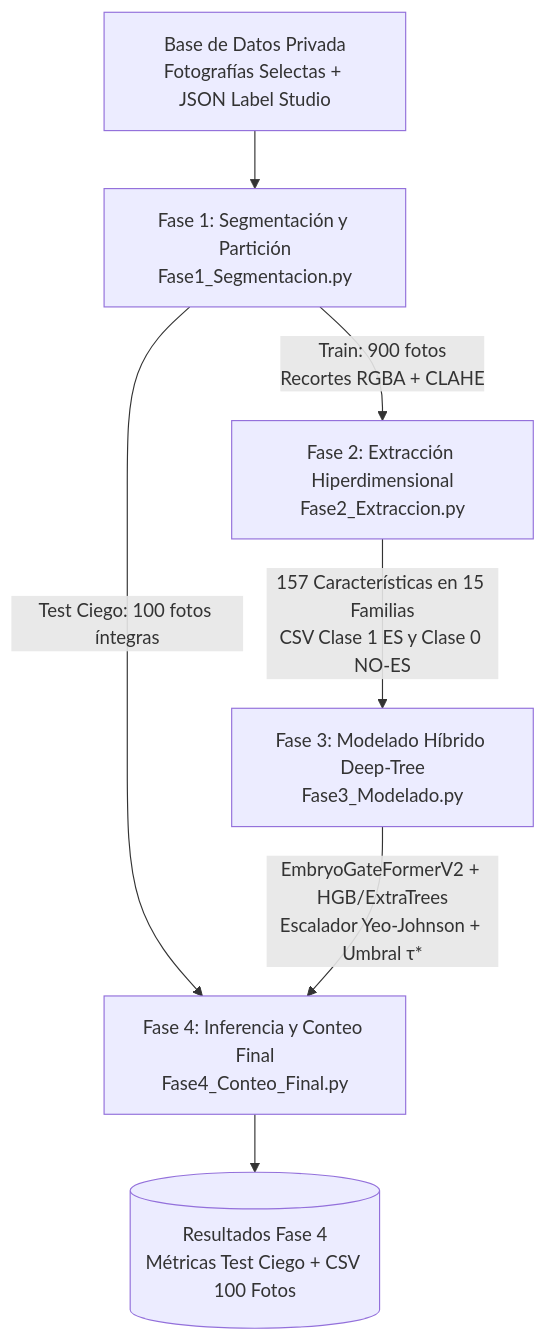
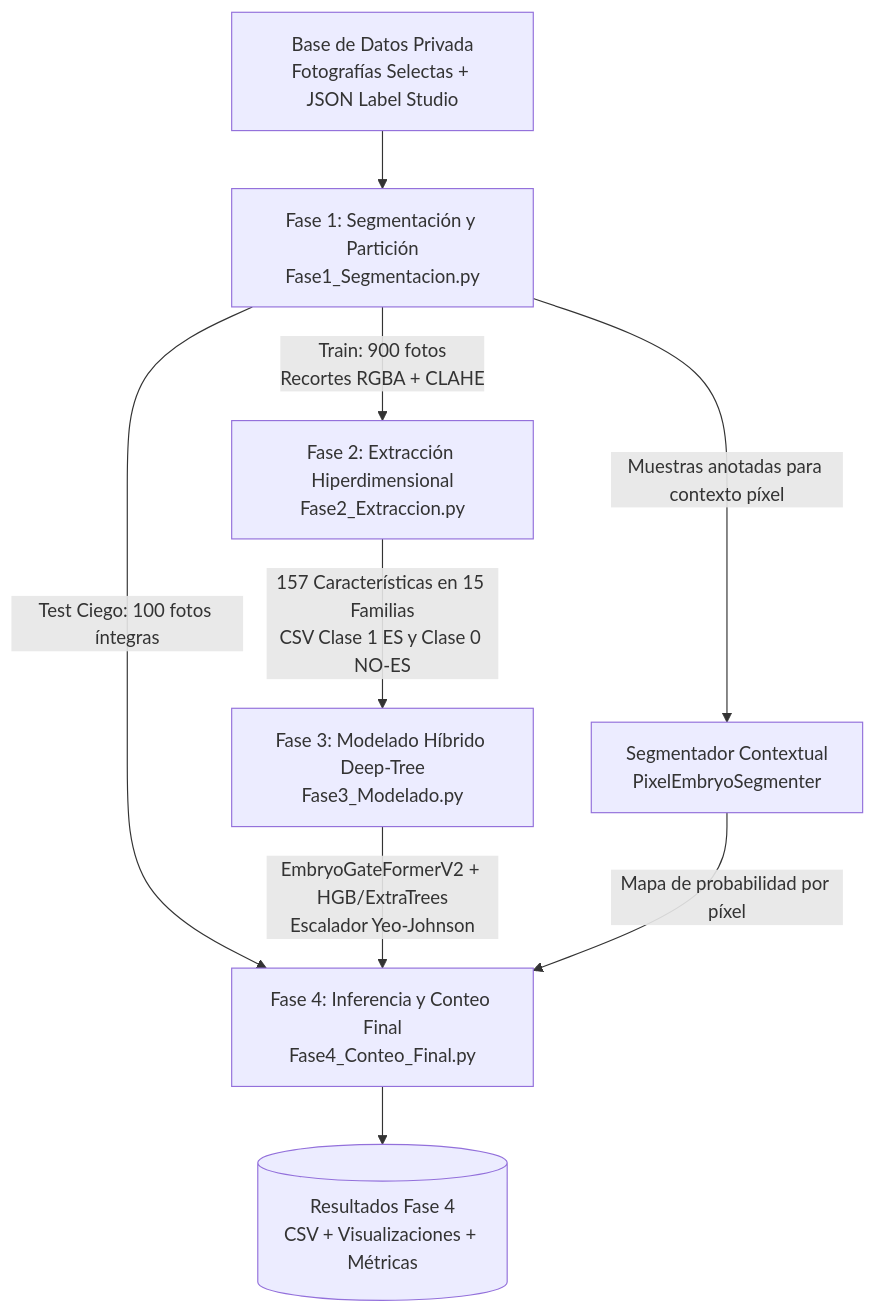
One commit to EduardoTri2004/Proyecto_IAPlantas changed the diagram in README.md. Above: the diagram before and after it, drawn with Mermaid. The commit also changed other lines of this file and 102 other files, not shown here.

Commit message:
feat: actualizar fase 4, resultados y documentación

````diff
--- a/README.md
+++ b/README.md
@@ -27,9 +27,11 @@
 ```mermaid
 graph TD
     A[Base de Datos Privada<br/>Fotografías Selectas + JSON Label Studio] --> B[Fase 1: Segmentación y Partición<br/>Fase1_Segmentacion.py]
     B -->|Train: 900 fotos<br/>Recortes RGBA + CLAHE| C[Fase 2: Extracción Hiperdimensional<br/>Fase2_Extraccion.py]
     B -->|Test Ciego: 100 fotos íntegras| F[Fase 4: Inferencia y Conteo Final<br/>Fase4_Conteo_Final.py]
     C -->|157 Características en 15 Familias<br/>CSV Clase 1 ES y Clase 0 NO-ES| D[Fase 3: Modelado Híbrido Deep-Tree<br/>Fase3_Modelado.py]
-    D -->|EmbryoGateFormerV2 + HGB/ExtraTrees<br/>Escalador Yeo-Johnson + Umbral τ*| F
-    F --> G[(Resultados Fase 4<br/>Métricas Test Ciego + CSV 100 Fotos)]
+    D -->|EmbryoGateFormerV2 + HGB/ExtraTrees<br/>Escalador Yeo-Johnson| F
+    B -->|Muestras anotadas para contexto píxel| P[Segmentador Contextual<br/>PixelEmbryoSegmenter]
+    P -->|Mapa de probabilidad por píxel| F
+    F --> G[(Resultados Fase 4<br/>CSV + Visualizaciones + Métricas)]
 ```
````
